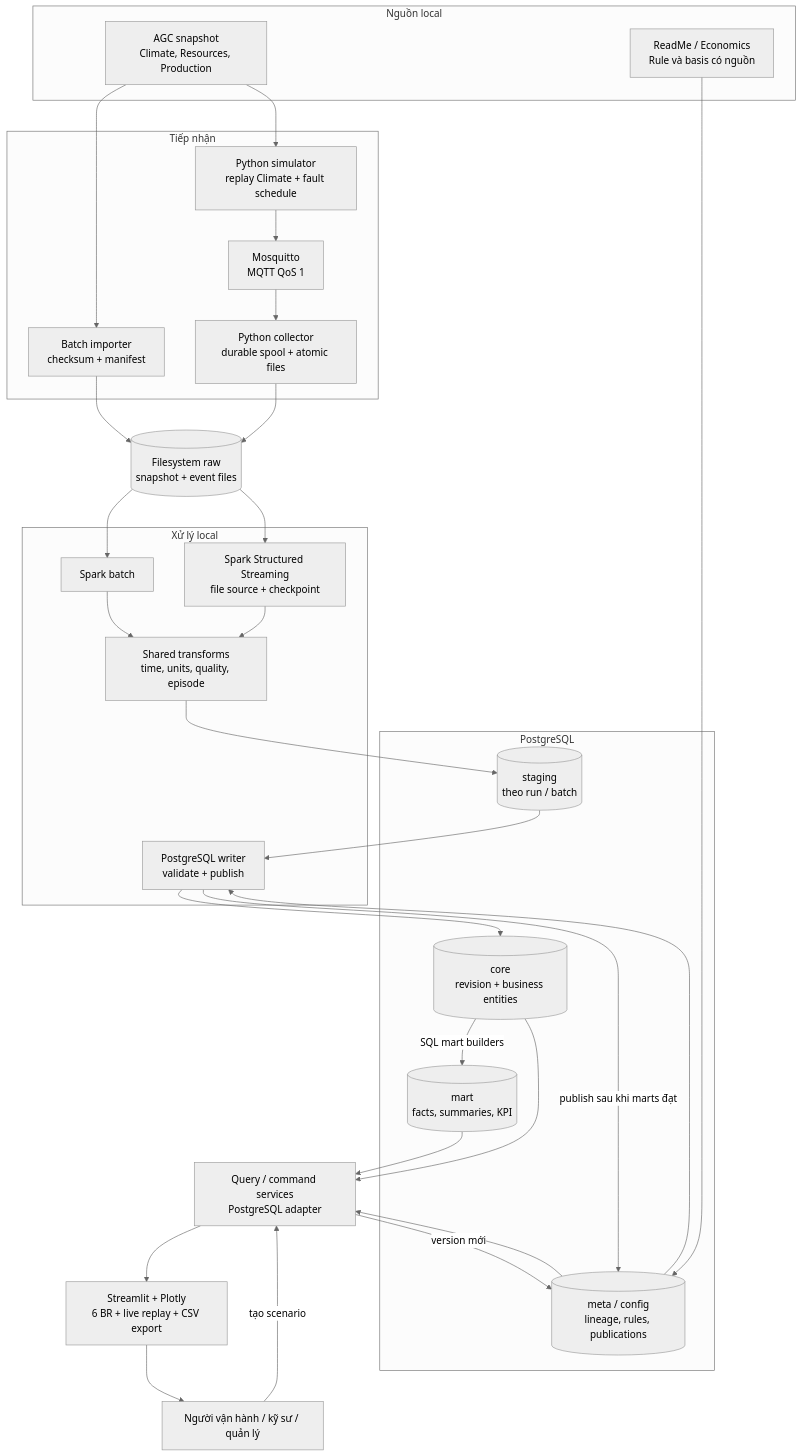
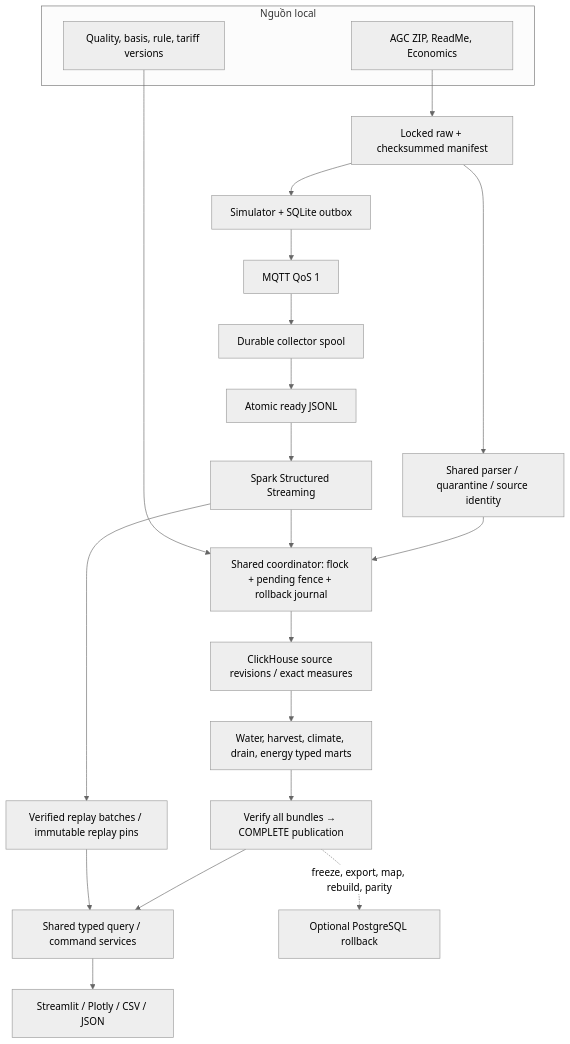
The diagram in docs/architecture/01-overview.md (arcanine525/smart-green-house), drawn with Mermaid (neutral theme) before and after one commit. The commit also changed other lines of this file and 47 other files, not shown here.

Commit message:
Document the native ClickHouse stack and verified delivery evidence

````diff
--- a/docs/architecture/01-overview.md
+++ b/docs/architecture/01-overview.md
@@ -5,45 +7,23 @@
 ```mermaid
 flowchart TB
-    subgraph INPUT["Nguồn local"]
-        AGC["AGC snapshot<br/>Climate, Resources, Production"]
-        CFG["ReadMe / Economics<br/>Rule và basis có nguồn"]
+    subgraph SOURCE["Nguồn local"]
+      AGC["AGC ZIP, ReadMe, Economics"]
+      CFG["Quality, basis, rule, tariff versions"]
     end
-    subgraph INGEST["Tiếp nhận"]
-        BATCH["Batch importer<br/>checksum + manifest"]
-        SIM["Python simulator<br/>replay Climate + fault schedule"]
-        MQTT["Mosquitto<br/>MQTT QoS 1"]
-        COL["Python collector<br/>durable spool + atomic files"]
-    end
-    RAW[("Filesystem raw<br/>snapshot + event files")]
-    subgraph PROCESS["Xử lý local"]
-        SB["Spark batch"]
-        SS["Spark Structured Streaming<br/>file source + checkpoint"]
-        SEM["Shared transforms<br/>time, units, quality, episode"]
-        PUB["PostgreSQL writer<br/>validate + publish"]
-    end
-    subgraph DB["PostgreSQL"]
-        STG[("staging<br/>theo run / batch")]
-        CORE[("core<br/>revision + business entities")]
-        META[("meta / config<br/>lineage, rules, publications")]
-        MART[("mart<br/>facts, summaries, KPI")]
-    end
-    APP["Query / command services<br/>PostgreSQL adapter"]
-    UI["Streamlit + Plotly<br/>6 BR + live replay + CSV export"]
-    USER["Người vận hành / kỹ sư / quản lý"]
-    AGC --> BATCH --> RAW
-    AGC --> SIM --> MQTT --> COL --> RAW
-    RAW --> SB --> SEM
-    RAW --> SS --> SEM
-    SEM --> STG --> PUB
-    CFG --> META
-    META --> PUB
-    PUB --> CORE
-    CORE -->|"SQL mart builders"| MART
-    PUB -->|"publish sau khi marts đạt"| META
-    CORE --> APP
-    MART --> APP
-    META --> APP
-    APP --> UI --> USER
-    USER -->|"tạo scenario"| APP
-    APP -->|"version mới"| META
+    AGC --> RAW["Locked raw + checksummed manifest"]
+    RAW --> PARSE["Shared parser / quarantine / source identity"]
+    RAW --> SIM["Simulator + SQLite outbox"]
+    SIM --> MQTT["MQTT QoS 1"] --> COL["Durable collector spool"]
+    COL --> READY["Atomic ready JSONL"] --> SPARK["Spark Structured Streaming"]
+    PARSE --> WRITER["Shared coordinator: flock + pending fence + rollback journal"]
+    SPARK --> WRITER
+    CFG --> WRITER
+    WRITER --> CORE["ClickHouse source revisions / exact measures"]
+    CORE --> MART["Water, harvest, climate, drain, energy typed marts"]
+    MART --> SEAL["Verify all bundles → COMPLETE publication"]
+    SPARK --> REPLAY["Verified replay batches / immutable replay pins"]
+    SEAL --> SVC["Shared typed query / command services"]
+    REPLAY --> SVC
+    SVC --> UI["Streamlit / Plotly / CSV / JSON"]
+    SEAL -. "freeze, export, map, rebuild, parity" .-> PG["Optional PostgreSQL rollback"]
 ```
````
